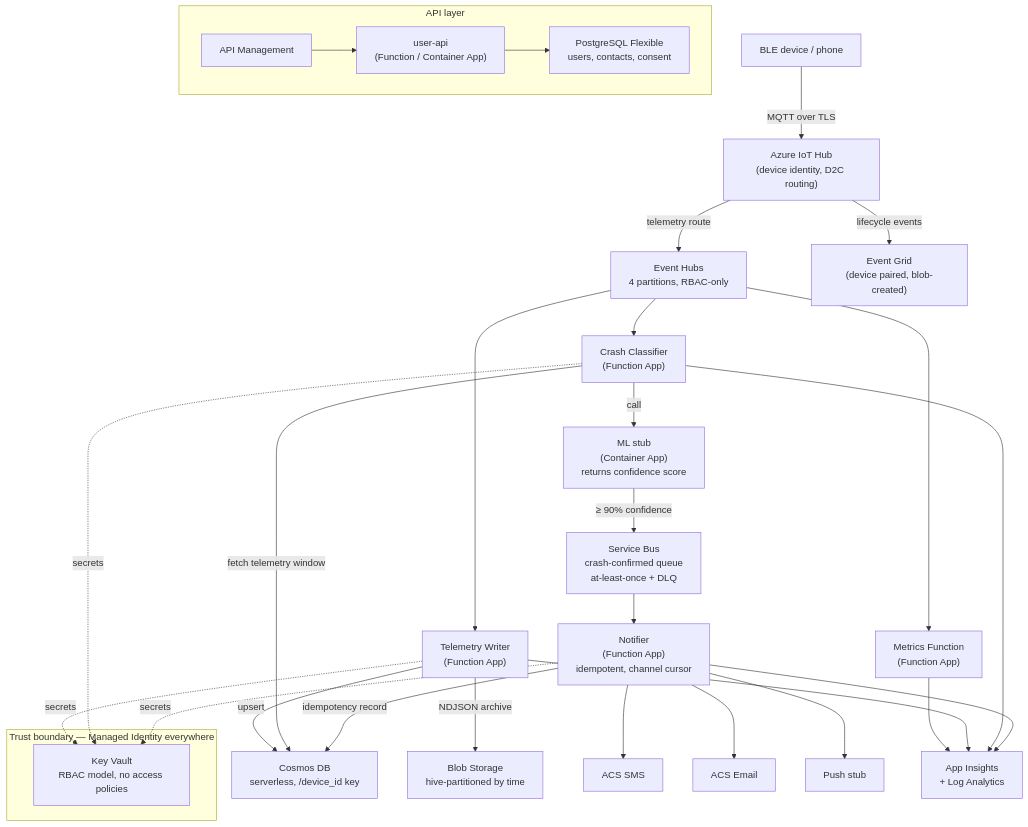
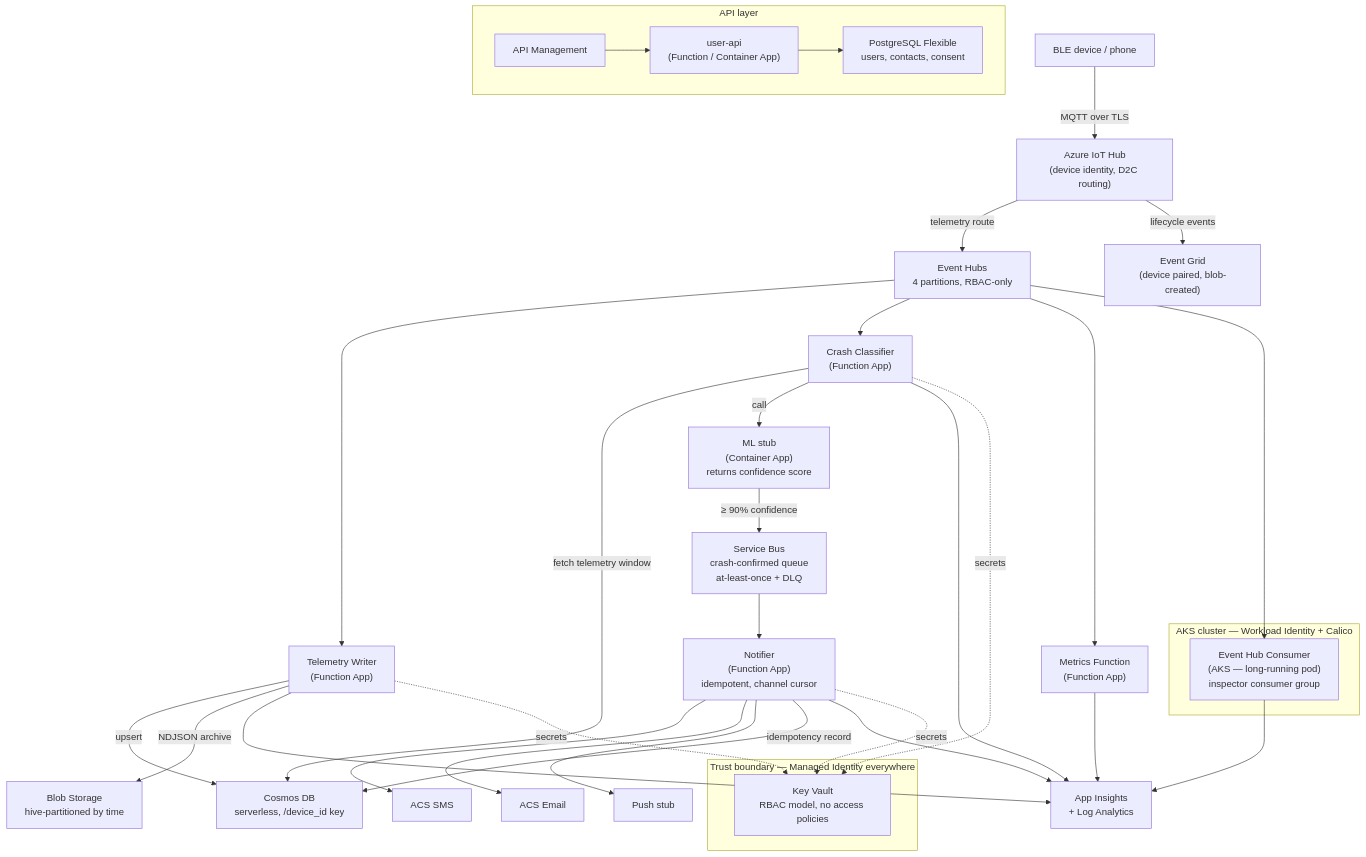
One commit to eyal050/guardian-link changed the diagram in docs/architecture.md. Above: the diagram before and after it, drawn with Mermaid. The commit also changed other lines of this file and 1 other file, not shown here.

Commit message:
docs: add AKS consumer to architecture diagram, Decision #18, and failure scenarios #9-#11

````diff
--- a/docs/architecture.md
+++ b/docs/architecture.md
@@ -9,43 +9,49 @@
 ```mermaid
 flowchart TD
     Device["BLE device / phone"] -->|MQTT over TLS| IoTHub["Azure IoT Hub\n(device identity, D2C routing)"]
 
     IoTHub -->|telemetry route| EH["Event Hubs\n4 partitions, RBAC-only"]
     IoTHub -->|lifecycle events| EG["Event Grid\n(device paired, blob-created)"]
 
     EH --> TW["Telemetry Writer\n(Function App)"]
     EH --> CC["Crash Classifier\n(Function App)"]
     EH --> MF["Metrics Function\n(Function App)"]
+    EH --> Consumer["Event Hub Consumer\n(AKS — long-running pod)\ninspector consumer group"]
+    Consumer --> AI
 
     TW -->|upsert| Cosmos["Cosmos DB\nserverless, /device_id key"]
     TW -->|NDJSON archive| Blob["Blob Storage\nhive-partitioned by time"]
 
     CC -->|fetch telemetry window| Cosmos
     CC -->|call| ML["ML stub\n(Container App)\nreturns confidence score"]
     ML -->|≥ 90% confidence| SB["Service Bus\ncrash-confirmed queue\nat-least-once + DLQ"]
 
     SB --> Notifier["Notifier\n(Function App)\nidempotent, channel cursor"]
     Notifier --> SMS["ACS SMS"]
     Notifier --> Email["ACS Email"]
     Notifier --> Push["Push stub"]
 
     Notifier -->|idempotency record| Cosmos
 
     MF --> AI["App Insights\n+ Log Analytics"]
     TW --> AI
     CC --> AI
     Notifier --> AI
 
     subgraph Identity ["Trust boundary — Managed Identity everywhere"]
         KV["Key Vault\nRBAC model, no access policies"]
     end
 
     TW -.->|secrets| KV
     CC -.->|secrets| KV
     Notifier -.->|secrets| KV
 
     subgraph API ["API layer"]
         APIM["API Management"] --> UserAPI["user-api\n(Function / Container App)"]
         UserAPI --> PG["PostgreSQL Flexible\nusers, contacts, consent"]
     end
+
+    subgraph AKSCluster ["AKS cluster — Workload Identity + Calico"]
+        Consumer
+    end
 ```
````
